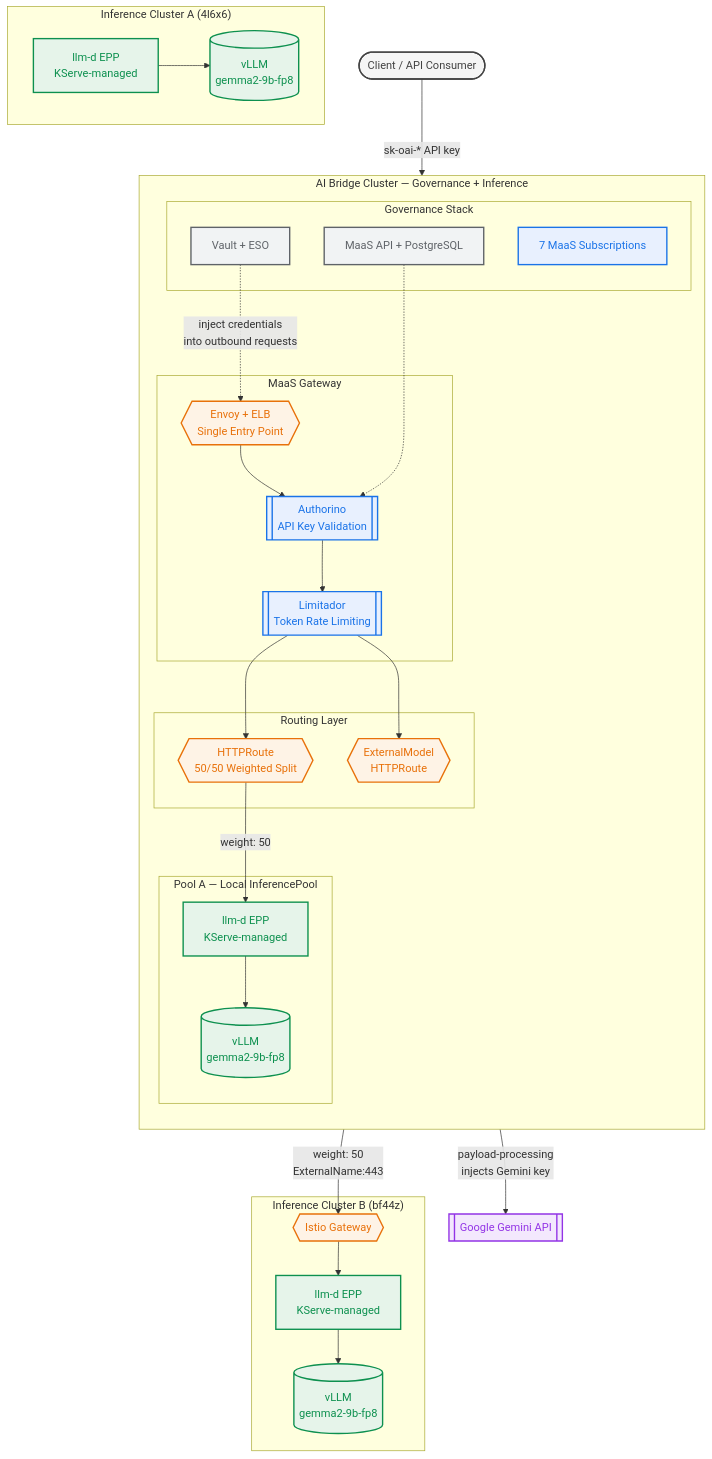
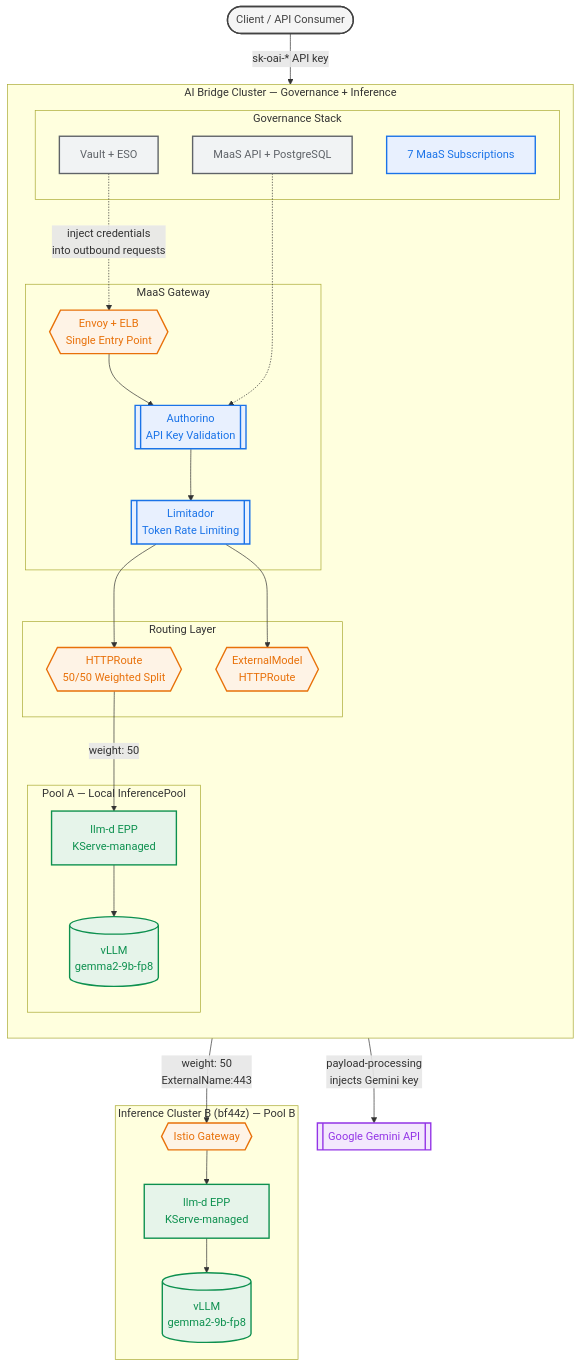
Before and after one commit to rrbanda/maas-demo: the first of 3 diagrams in docs/customer2-demo-narrative.md, drawn with Mermaid. The commit also changed other lines of this file, not shown here.

First line of the commit message:
Complete demo narrative: governance + multi-cluster + llm-d (12 acts)

````diff
--- a/docs/customer2-demo-narrative.md
+++ b/docs/customer2-demo-narrative.md
@@ -71,66 +121,60 @@
 ```mermaid
 flowchart TB
     Client(["Client / API Consumer"]):::client
 
     subgraph bridge ["AI Bridge Cluster — Governance + Inference"]
         direction TB
 
         subgraph gateway ["MaaS Gateway"]
             GW{{"Envoy + ELB<br/>Single Entry Point"}}:::routing
             Auth[["Authorino<br/>API Key Validation"]]:::governance
             Lim[["Limitador<br/>Token Rate Limiting"]]:::governance
         end
 
         subgraph routing ["Routing Layer"]
             HTTPRoute{{"HTTPRoute<br/>50/50 Weighted Split"}}:::routing
             ExRoute{{"ExternalModel<br/>HTTPRoute"}}:::routing
         end
 
         subgraph localPool ["Pool A — Local InferencePool"]
             EPP_local["llm-d EPP<br/>KServe-managed"]:::inference
             vLLM_local[("vLLM<br/>gemma2-9b-fp8")]:::inference
             EPP_local --> vLLM_local
         end
 
         subgraph govStack ["Governance Stack"]
             MaaSAPI["MaaS API + PostgreSQL"]:::infra
             Vault["Vault + ESO"]:::infra
             Subs["7 MaaS Subscriptions"]:::governance
         end
 
         GW --> Auth
         Auth --> Lim
         Lim --> HTTPRoute
         Lim --> ExRoute
         HTTPRoute -->|"weight: 50"| EPP_local
         MaaSAPI -.-> Auth
         Vault -.->|"inject credentials<br/>into outbound requests"| GW
     end
 
-    subgraph clusterB ["Inference Cluster B (bf44z)"]
+    subgraph clusterB ["Inference Cluster B (bf44z) — Pool B"]
         GW_B{{"Istio Gateway"}}:::routing
         EPP_B["llm-d EPP<br/>KServe-managed"]:::inference
         vLLM_B[("vLLM<br/>gemma2-9b-fp8")]:::inference
         GW_B --> EPP_B
         EPP_B --> vLLM_B
-    end
-
-    subgraph clusterA ["Inference Cluster A (4l6x6)"]
-        EPP_A["llm-d EPP<br/>KServe-managed"]:::inference
-        vLLM_A[("vLLM<br/>gemma2-9b-fp8")]:::inference
-        EPP_A --> vLLM_A
     end
 
     Gemini[["Google Gemini API"]]:::external
 
     Client -->|"sk-oai-* API key"| GW
     HTTPRoute -->|"weight: 50<br/>ExternalName:443"| GW_B
     ExRoute -->|"payload-processing<br/>injects Gemini key"| Gemini
 
     classDef client fill:#f5f5f5,stroke:#424242,stroke-width:2px,color:#424242
     classDef governance fill:#e8f0fe,stroke:#1a73e8,stroke-width:2px,color:#1a73e8
     classDef routing fill:#fef3e6,stroke:#e8710a,stroke-width:2px,color:#e8710a
     classDef inference fill:#e6f4ea,stroke:#0d904f,stroke-width:2px,color:#0d904f
     classDef external fill:#f3e8fd,stroke:#9334e6,stroke-width:2px,color:#9334e6
     classDef infra fill:#f1f3f4,stroke:#5f6368,stroke-width:2px,color:#5f6368
 ```
````
